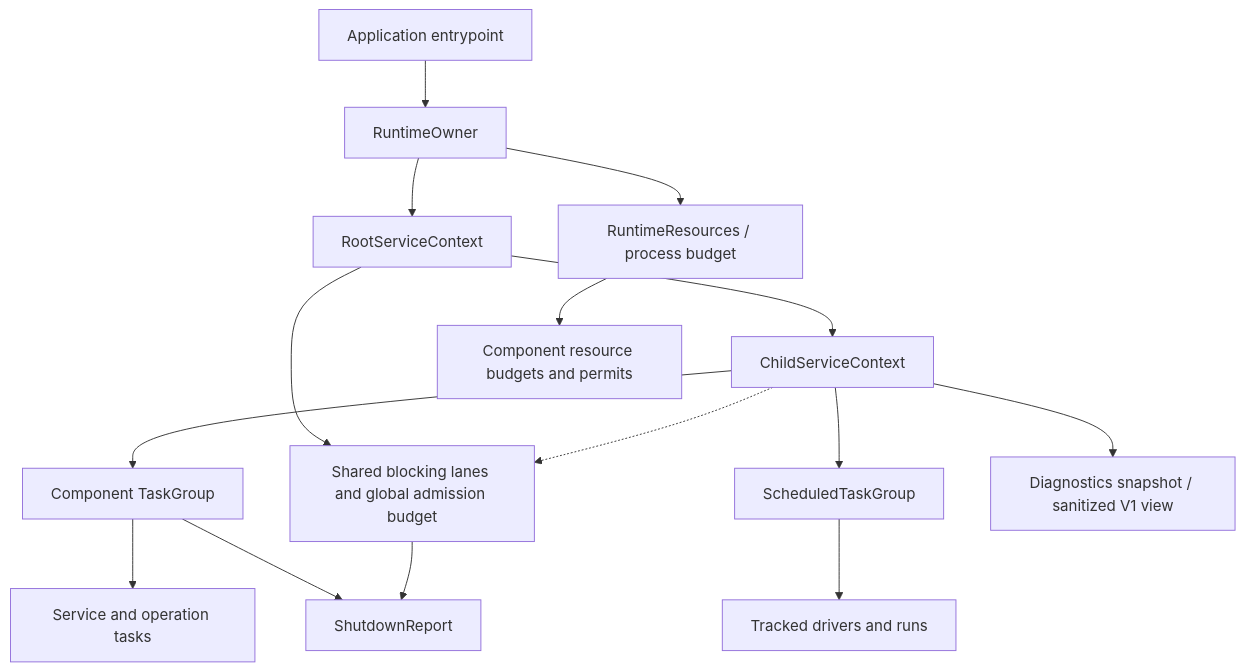
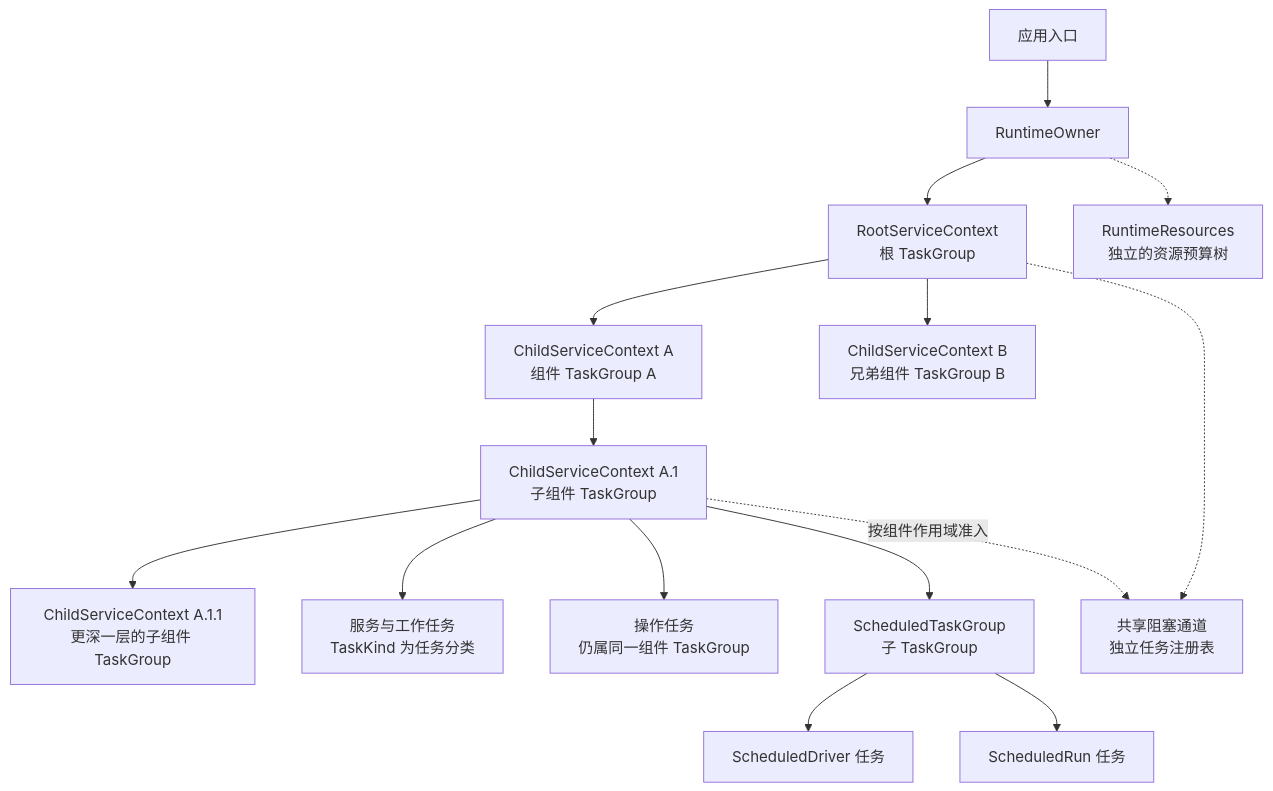
The diagram in rocketmq-runtime/README-zh_cn.md (mxsm/rocketmq-rust), drawn with Mermaid before and after one commit. The commit also changed other lines of this file and 1 other file, not shown here.

Commit message:
[ISSUE #10956]📝Clarify recursive TaskGroup ownership in runtime READMEs

````diff
--- a/rocketmq-runtime/README-zh_cn.md
+++ b/rocketmq-runtime/README-zh_cn.md
@@ -20,17 +20,17 @@
 ```mermaid
 flowchart TD
-    Entry["Application entrypoint"] --> Owner["RuntimeOwner"]
-    Owner --> Root["RootServiceContext"]
-    Root --> Service["ChildServiceContext"]
-    Service --> Group["Component TaskGroup"]
-    Group --> Tasks["Service and operation tasks"]
-    Service --> Scheduled["ScheduledTaskGroup"]
-    Scheduled --> Jobs["Tracked drivers and runs"]
-    Root --> Blocking["Shared blocking lanes and global admission budget"]
-    Service -.-> Blocking
-    Owner --> Resources["RuntimeResources / process budget"]
-    Resources --> Budgets["Component resource budgets and permits"]
-    Group --> Report["ShutdownReport"]
-    Blocking --> Report
-    Service --> Diagnostics["Diagnostics snapshot / sanitized V1 view"]
+    Entry["应用入口"] --> Owner["RuntimeOwner"]
+    Owner --> Root["RootServiceContext<br/>根 TaskGroup"]
+    Root --> A["ChildServiceContext A<br/>组件 TaskGroup A"]
+    Root --> B["ChildServiceContext B<br/>兄弟组件 TaskGroup B"]
+    A --> A1["ChildServiceContext A.1<br/>子组件 TaskGroup"]
+    A1 --> A2["ChildServiceContext A.1.1<br/>更深一层的子组件 TaskGroup"]
+    A1 --> Tasks["服务与工作任务<br/>TaskKind 为任务分类"]
+    A1 --> Operations["操作任务<br/>仍属同一组件 TaskGroup"]
+    A1 --> Scheduled["ScheduledTaskGroup<br/>子 TaskGroup"]
+    Scheduled --> Driver["ScheduledDriver 任务"]
+    Scheduled --> Runs["ScheduledRun 任务"]
+    Root -.-> Blocking["共享阻塞通道<br/>独立任务注册表"]
+    A1 -.->|按组件作用域准入| Blocking
+    Owner -.-> Resources["RuntimeResources<br/>独立的资源预算树"]
 ```
````
